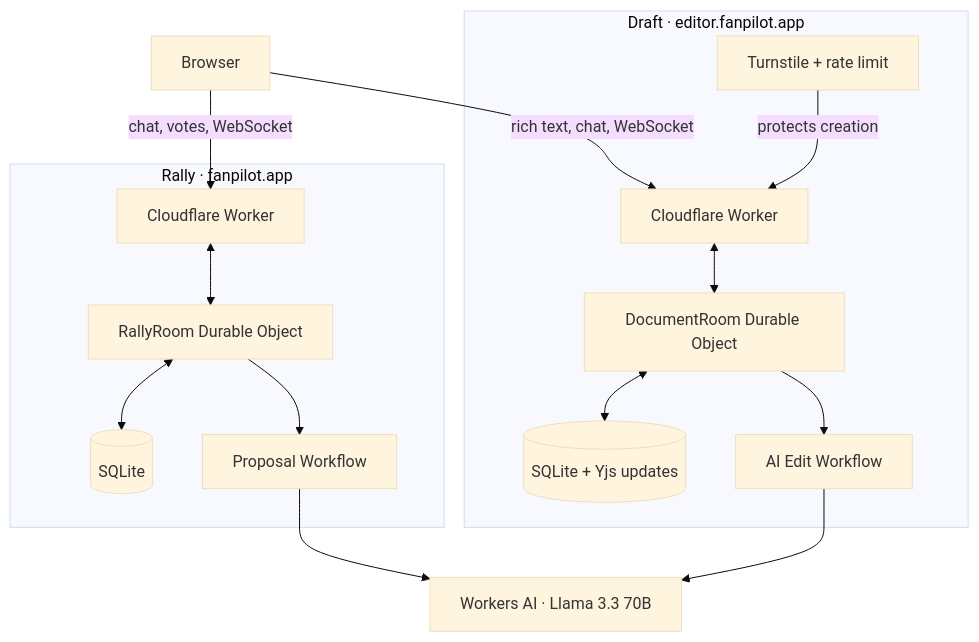
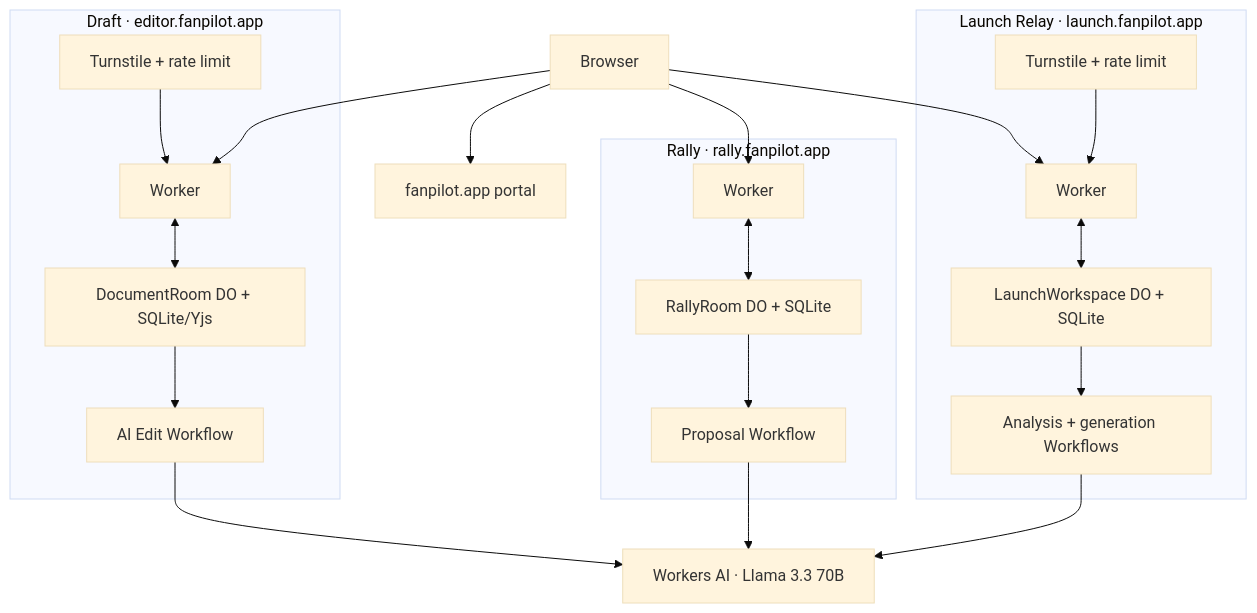
One commit to beejmaxx/fanpilot-cloudflare-ai-apps changed the diagram in README.md. Above: the diagram before and after it, drawn with Mermaid (base theme). The commit also changed other lines of this file and 57 other files, not shown here.

Commit message:
feat: add Launch Relay and challenge portal

````diff
--- a/README.md
+++ b/README.md
@@ -64,32 +60,31 @@
 ```mermaid
 flowchart TB
     B[Browser]
+    P[fanpilot.app portal]
+    AI[Workers AI · Llama 3.3 70B]
 
-    subgraph R[Rally · fanpilot.app]
-      RW[Cloudflare Worker]
-      RDO[RallyRoom Durable Object]
-      RDB[(SQLite)]
-      RWF[Proposal Workflow]
+    subgraph R[Rally · rally.fanpilot.app]
+      RW[Worker] <--> RDO[RallyRoom DO + SQLite]
+      RDO --> RWF[Proposal Workflow]
     end
 
     subgraph D[Draft · editor.fanpilot.app]
-      DW[Cloudflare Worker]
-      DDO[DocumentRoom Durable Object]
-      DDB[(SQLite + Yjs updates)]
-      DWF[AI Edit Workflow]
-      T[Turnstile + rate limit]
+      DT[Turnstile + rate limit] --> DW[Worker]
+      DW <--> DDO[DocumentRoom DO + SQLite/Yjs]
+      DDO --> DWF[AI Edit Workflow]
     end
 
-    AI[Workers AI · Llama 3.3 70B]
+    subgraph L[Launch Relay · launch.fanpilot.app]
+      LT[Turnstile + rate limit] --> LW[Worker]
+      LW <--> LDO[LaunchWorkspace DO + SQLite]
+      LDO --> LWF[Analysis + generation Workflows]
+    end
 
-    B -->|chat, votes, WebSocket| RW
-    RW <--> RDO
-    RDO <--> RDB
-    RDO --> RWF --> AI
-
-    B -->|rich text, chat, WebSocket| DW
-    T -->|protects creation| DW
-    DW <--> DDO
-    DDO <--> DDB
-    DDO --> DWF --> AI
+    B --> P
+    B --> RW
+    B --> DW
+    B --> LW
+    RWF --> AI
+    DWF --> AI
+    LWF --> AI
 ```
````
